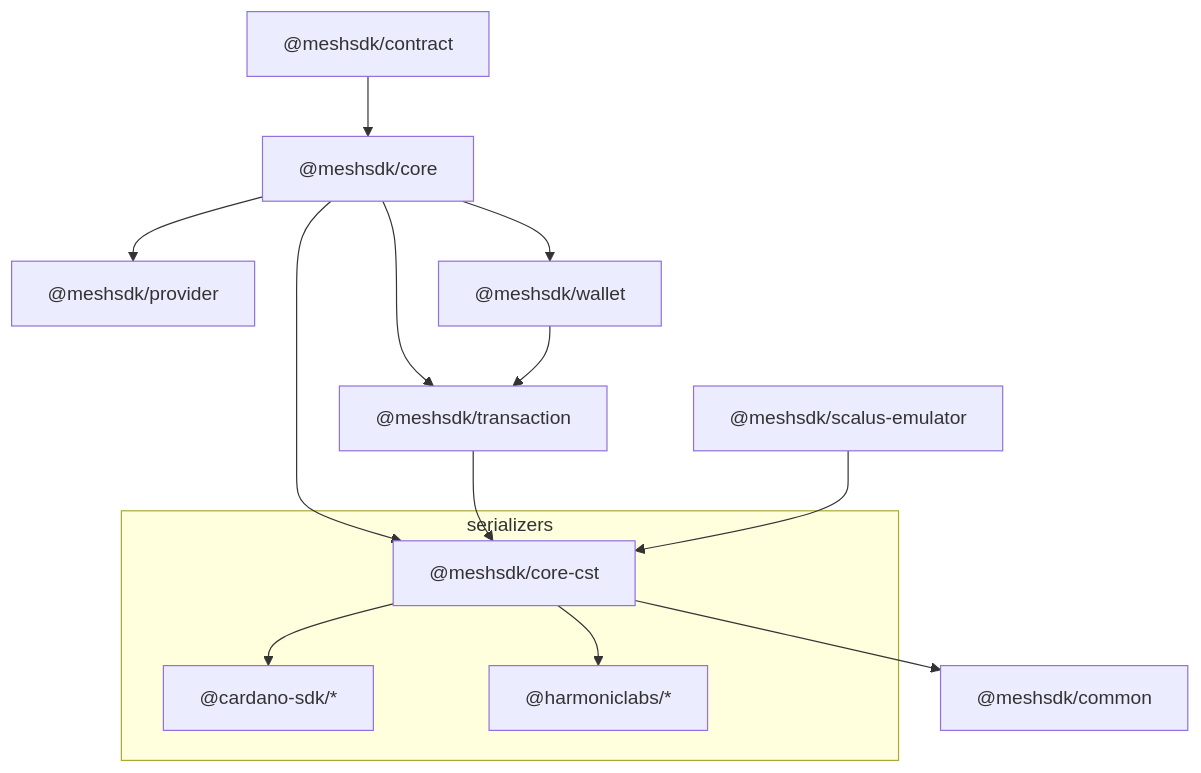
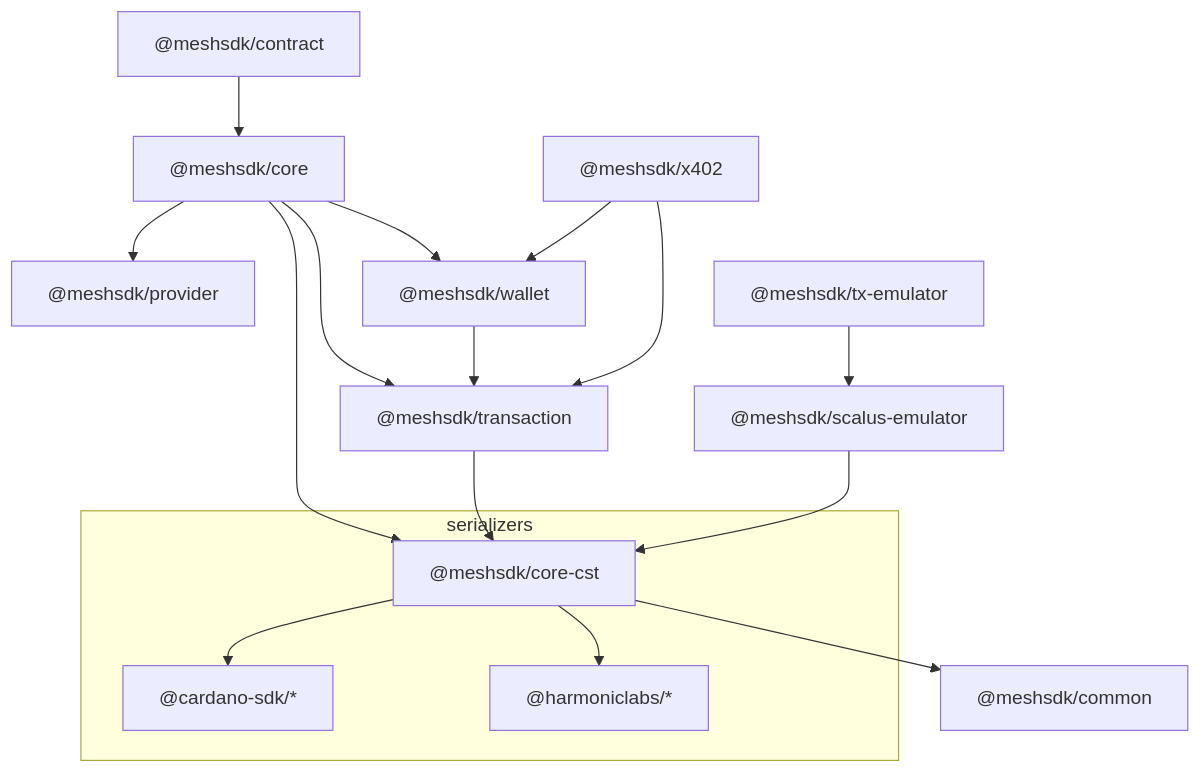
Before and after one commit to MeshJS/mesh: the diagram in README.md, drawn with Mermaid. The commit also changed other lines of this file, not shown here.

````diff
--- a/README.md
+++ b/README.md
@@ -104,35 +117,42 @@
 ```mermaid
 graph TD
   core["@meshsdk/core"]
   common["@meshsdk/common"]
   core_cst["@meshsdk/core-cst"]
   provider["@meshsdk/provider"]
   transaction["@meshsdk/transaction"]
   wallet["@meshsdk/wallet"]
   contract["@meshsdk/contract"]
+  tx_emulator["@meshsdk/tx-emulator"]
   emulator["@meshsdk/scalus-emulator"]
+  x402["@meshsdk/x402"]
   cardano_sdk["@cardano-sdk/*"]
   harmoniclabs["@harmoniclabs/*"]
 
   contract --> core
   core --> provider
   core --> transaction
   core --> wallet
   core --> core_cst
   wallet --> transaction
+  x402 --> wallet
+  x402 --> transaction
   transaction --> core_cst
+  tx_emulator --> emulator
   emulator --> core_cst
 
   subgraph serializers
     core_cst --> cardano_sdk
     core_cst --> harmoniclabs
   end
 
   core_cst --> common
 
   click core_cst "https://docs.meshjs.dev/core-cst" _parent
   click provider "https://github.com/MeshJS/providers" _parent
-  click transaction "https://docs.meshjs.dev/transactions" _parent
-  click wallet "https://github.com/MeshJS/wallet" _parent
+  click transaction "https://meshjs.dev/apis/txbuilder" _parent
+  click wallet "https://meshjs.dev/apis/wallets" _parent
   click contract "https://docs.meshjs.dev/contracts" _parent
+  click tx_emulator "https://meshjs.dev/apis/txbuilder/testing" _parent
+  click x402 "https://meshjs.dev/apis/x402" _parent
 ```
````
